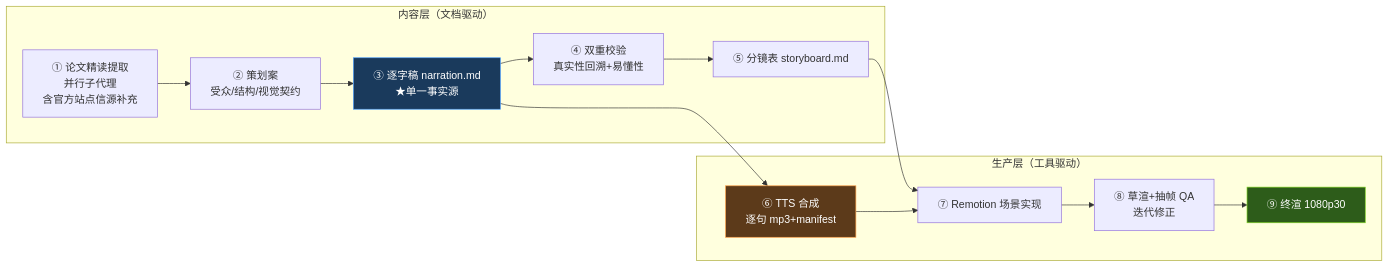
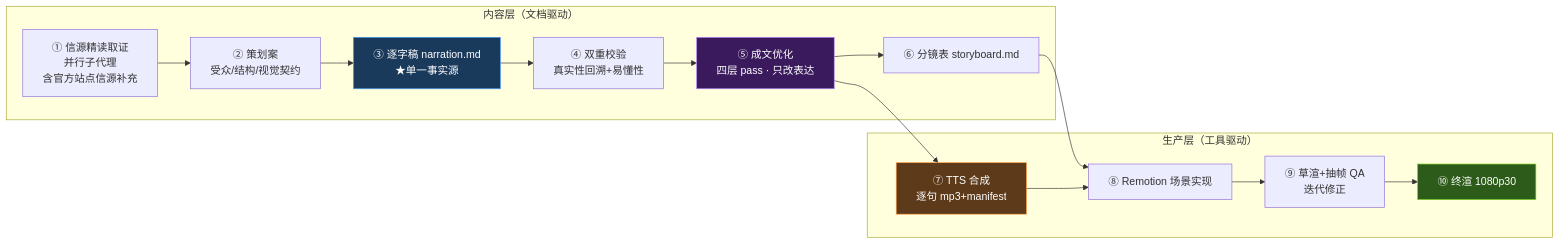
One commit to ThreeFish-AI/to-video changed the diagram in docs/assets/mermaid/pipeline-layers.mmd. Above: the diagram before and after it, drawn with Mermaid. The commit also changed 67 other files, not shown here.

```diff
--- a/docs/assets/mermaid/pipeline-layers.mmd
+++ b/docs/assets/mermaid/pipeline-layers.mmd
@@ -1,23 +1,26 @@
 %% source: references/PIPELINE.md — §一 Pipeline 总览（块#0）
 %% slug: pipeline-layers
 %% type: architecture
 %% derived: byte-exact extraction of mermaid block #0
 %% fix: ① 标签对齐 stages.toml 规范名「信源精读取证」（源图作「论文精读提取」）；其余节点/边与仓库一致
-%% fix: ⑦ 属生产层但 stages.toml 特判 authored（每集 3000–8000 行场景代码是创作而非生成）
+%% fix: ⑧ 属生产层但 stages.toml 特判 authored（每集 3000–8000 行场景代码是创作而非生成）
+%% fix: RSI-013 插入 ⑤ 成文优化（④ 后、分镜前），原 ⑤–⑨ 顺移为 ⑥–⑩
 flowchart LR
     subgraph S["内容层（文档驱动）"]
-        A[① 论文精读提取<br/>并行子代理<br/>含官方站点信源补充] --> B[② 策划案<br/>受众/结构/视觉契约]
+        A[① 信源精读取证<br/>并行子代理<br/>含官方站点信源补充] --> B[② 策划案<br/>受众/结构/视觉契约]
         B --> C[③ 逐字稿 narration.md<br/>★单一事实源]
         C --> D[④ 双重校验<br/>真实性回溯+易懂性]
-        D --> E[⑤ 分镜表 storyboard.md]
+        D --> R[⑤ 成文优化<br/>四层 pass · 只改表达]
+        R --> E[⑥ 分镜表 storyboard.md]
     end
     subgraph P["生产层（工具驱动）"]
-        C --> F[⑥ TTS 合成<br/>逐句 mp3+manifest]
-        E --> G[⑦ Remotion 场景实现]
+        R --> F[⑦ TTS 合成<br/>逐句 mp3+manifest]
+        E --> G[⑧ Remotion 场景实现]
         F --> G
-        G --> H[⑧ 草渲+抽帧 QA<br/>迭代修正]
-        H --> I[⑨ 终渲 1080p30]
+        G --> H[⑨ 草渲+抽帧 QA<br/>迭代修正]
+        H --> I[⑩ 终渲 1080p30]
     end
     style C fill:#1a3a5c,stroke:#4A9EFF,color:#fff
+    style R fill:#3a1a5c,stroke:#B98CFF,color:#fff
     style F fill:#5c3a1a,stroke:#FF9F45,color:#fff
     style I fill:#2d5c1a,stroke:#7ED321,color:#fff
```
